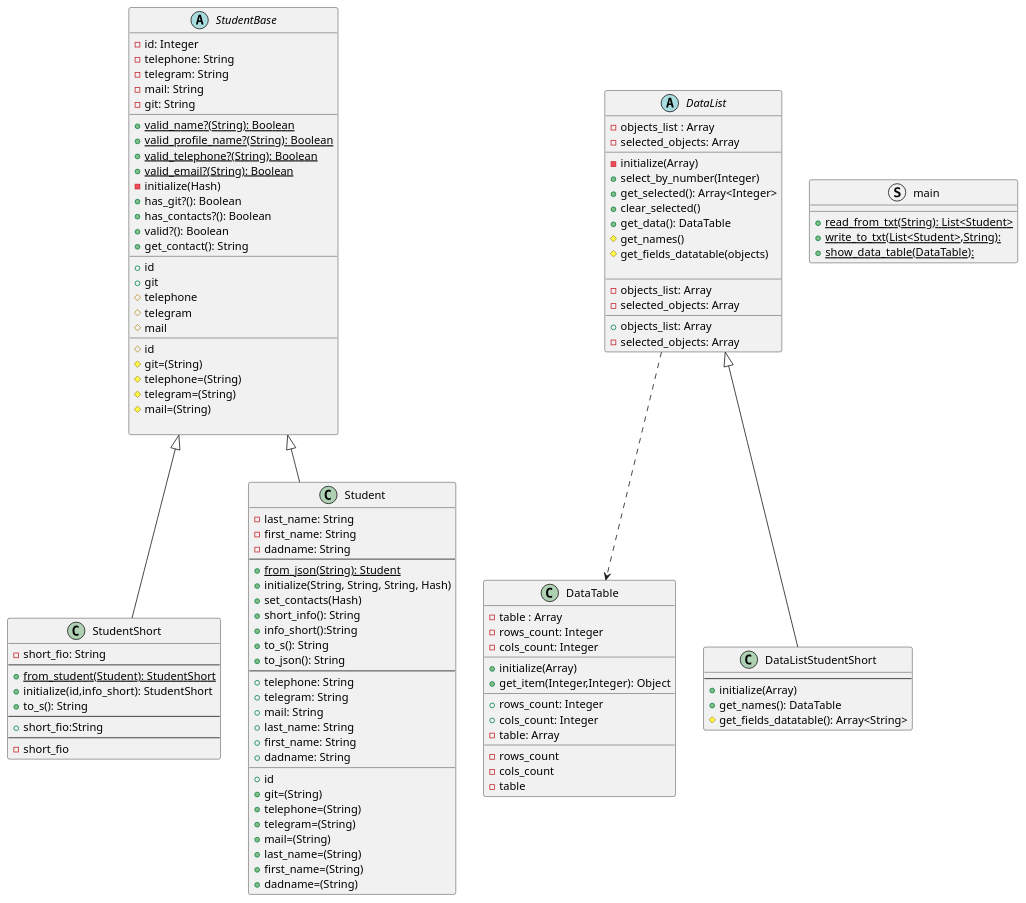
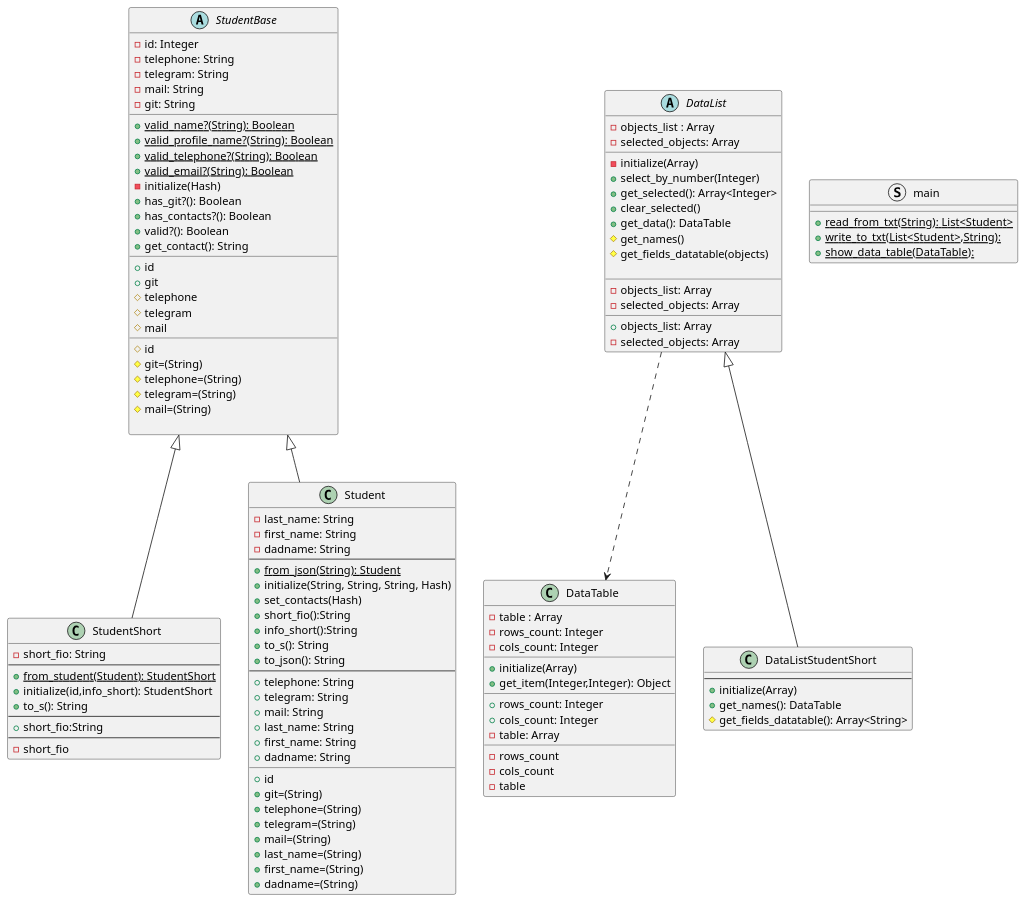
The diagram in LR2/diagram/StudentClassDiagram.puml (KREEAL/RubyLabs), drawn with PlantUML before and after one commit. The commit also changed 1 other file, not shown here.

Commit message:
Исправлена диаграмма классов

```diff
--- a/LR2/diagram/StudentClassDiagram.puml
+++ b/LR2/diagram/StudentClassDiagram.puml
@@ -1,127 +1,127 @@
 @startuml
 'https://plantuml.com/class-diagram
 abstract class StudentBase {
     -id: Integer
     -telephone: String
     -telegram: String
     -mail: String
     -git: String
     __
     +{static}valid_name?(String): Boolean
     +{static}valid_profile_name?(String): Boolean
     +{static}valid_telephone?(String): Boolean
     +{static}valid_email?(String): Boolean
     -initialize(Hash)
     +has_git?(): Boolean
     +has_contacts?(): Boolean
     +valid?(): Boolean
     +get_contact(): String
     __
     +id
     +git
     #telephone
     #telegram
     #mail
     __
     #id
     #git=(String)
     #telephone=(String)
     #telegram=(String)
     #mail=(String)
 
 }
 class StudentShort extends StudentBase {
     -short_fio: String
     --
     +{static}from_student(Student): StudentShort
     +initialize(id,info_short): StudentShort
     +to_s(): String
     --
     +short_fio:String
     --
     -short_fio
 }
 class Student extends StudentBase{
     -last_name: String
     -first_name: String
     -dadname: String
     --
     +{static}from_json(String): Student
     +initialize(String, String, String, Hash)
     +set_contacts(Hash)
-    +short_info(): String
+    +short_fio():String
     +info_short():String
     +to_s(): String
     +to_json(): String
     --
     +telephone: String
     +telegram: String
     +mail: String
     +last_name: String
     +first_name: String
     +dadname: String
     __
     +id
     +git=(String)
     +telephone=(String)
     +telegram=(String)
     +mail=(String)
     +last_name=(String)
     +first_name=(String)
     +dadname=(String)
 }
 
 class DataTable{
     -table : Array
     -rows_count: Integer
     -cols_count: Integer
     __
     +initialize(Array)
     +get_item(Integer,Integer): Object
     __
     +rows_count: Integer
     +cols_count: Integer
     -table: Array
     __
     -rows_count
     -cols_count
     -table
 }
 abstract class DataList{
     -objects_list : Array
     -selected_objects: Array
     __
     -initialize(Array)
     +select_by_number(Integer)
     +get_selected(): Array<Integer>
     +clear_selected()
     +get_data(): DataTable
     #get_names()
     #get_fields_datatable(objects)
 
     __
     -objects_list: Array
     -selected_objects: Array
     __
     +objects_list: Array
     -selected_objects: Array
 }
 
 class DataListStudentShort extends DataList{
     --
     +initialize(Array)
     +get_names(): DataTable
     #get_fields_datatable(): Array<String>
 }
 
 
 struct main {
     +{static}read_from_txt(String): List<Student>
     +{static}write_to_txt(List<Student>,String):
     +{static}show_data_table(DataTable):
 }
 
 
 
 DataList ..> DataTable
 @enduml
```
